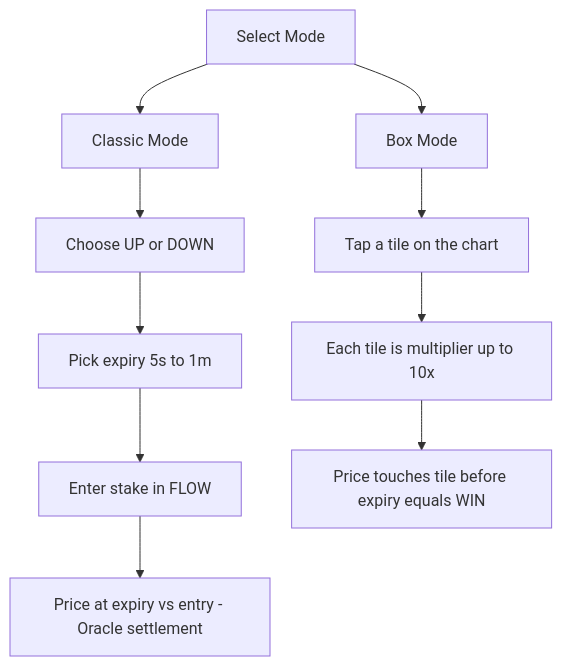
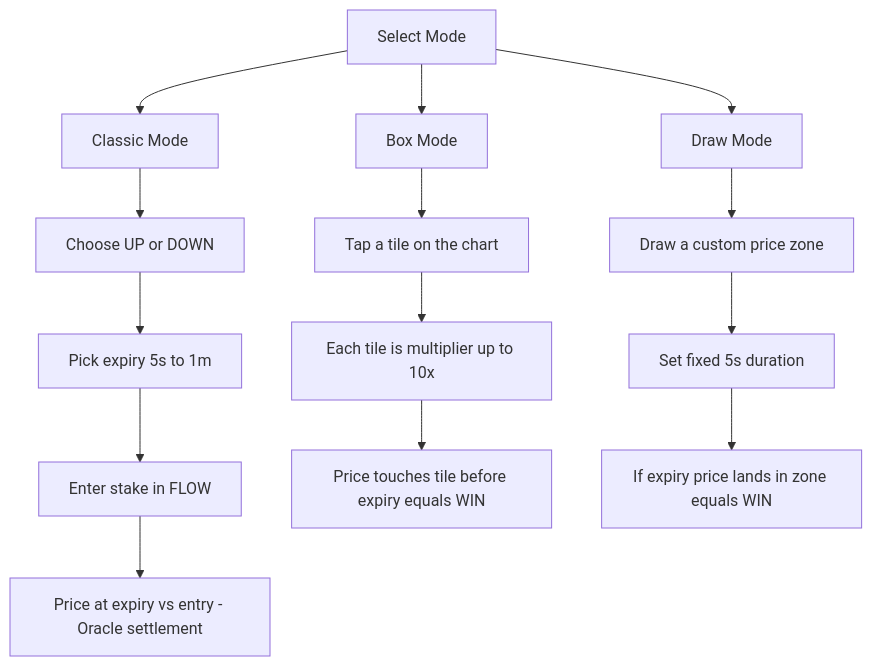
One commit to AmaanSayyad/Flownomo changed the fourth of 4 diagrams in README.md. Above: the diagram before and after it, drawn with Mermaid. The commit also changed other lines of this file, not shown here.

````diff
--- a/README.md
+++ b/README.md
@@ -232,14 +232,19 @@
 ```mermaid
 flowchart TD
     Start[Select Mode] --> Classic[Classic Mode]
     Start --> Box[Box Mode]
+    Start --> Draw[Draw Mode]
 
     Classic --> C1[Choose UP or DOWN]
     C1 --> C2[Pick expiry 5s to 1m]
     C2 --> C3[Enter stake in FLOW]
     C3 --> C4[Price at expiry vs entry - Oracle settlement]
 
     Box --> B1[Tap a tile on the chart]
     B1 --> B2[Each tile is multiplier up to 10x]
     B2 --> B3[Price touches tile before expiry equals WIN]
+
+    Draw --> D1[Draw a custom price zone]
+    D1 --> D2[Set fixed 5s duration]
+    D2 --> D3[If expiry price lands in zone equals WIN]
 ```
````
